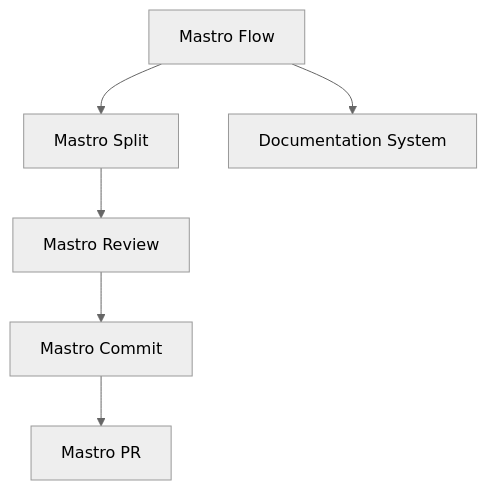
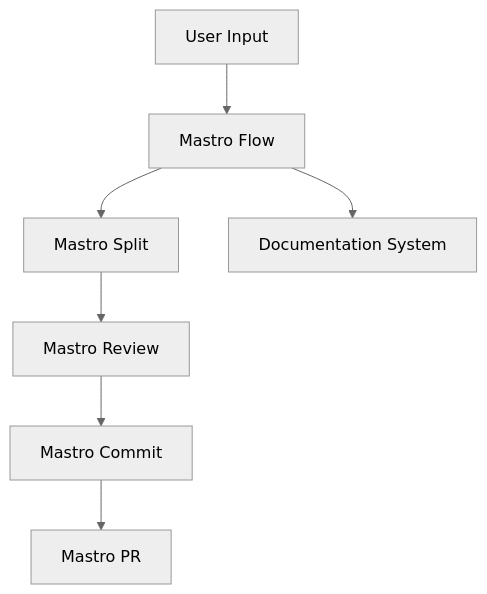
Before and after one commit to geogoesbeepboop/mastro: the first of 3 diagrams in docs/ARCHITECTURE.md, drawn with Mermaid (neutral theme). The commit also changed other lines of this file and 6 other files, not shown here.

````diff
--- a/docs/ARCHITECTURE.md
+++ b/docs/ARCHITECTURE.md
@@ -37,8 +39,9 @@
 ```mermaid
 graph TD;
-    A[Mastro Flow] --> B[Mastro Split];
-    B --> C[Mastro Review];
-    C --> D[Mastro Commit];
-    D --> E[Mastro PR];
-    A --> F[Documentation System];
+    A[User Input] --> B[Mastro Flow]
+    B --> C[Mastro Split]
+    C --> D[Mastro Review]
+    D --> E[Mastro Commit]
+    E --> F[Mastro PR]
+    B --> G[Documentation System]
 ```
````
